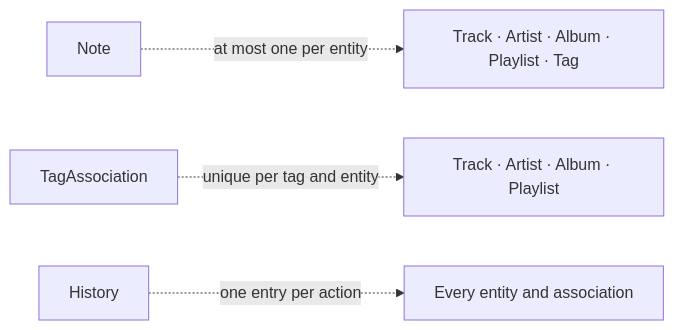
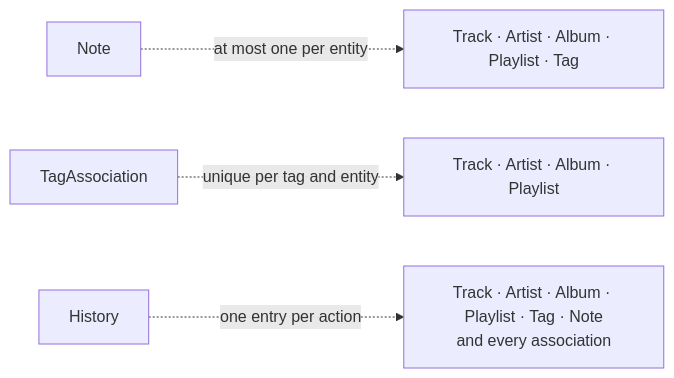
One commit to thomTHORNE/project.Northstar changed the second of 6 diagrams in Spec/1. Data Model.md. Above: the diagram before and after it, drawn with Mermaid. The commit also changed other lines of this file and 2 other files, not shown here.

````diff
--- a/Spec/1. Data Model.md
+++ b/Spec/1. Data Model.md
@@ -71,14 +71,14 @@
 ```mermaid
 flowchart LR
     NOTE["Note"]
     TAGASSOC["TagAssociation"]
     HISTORY["History"]
 
     T1["Track · Artist · Album · Playlist · Tag"]
     T2["Track · Artist · Album · Playlist"]
-    T3["Every entity and association"]
+    T3["Track · Artist · Album · Playlist · Tag · Note<br/>and every association"]
 
     NOTE     -. "at most one per entity" .-> T1
     TAGASSOC -. "unique per tag and entity" .-> T2
     HISTORY  -. "one entry per action" .-> T3
 ```
````
